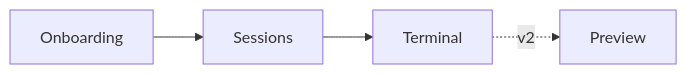
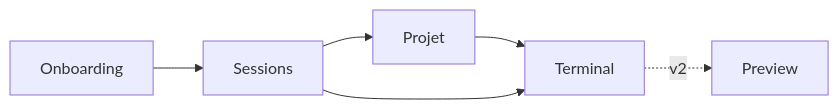
The diagram in aidd_docs/memory/navigation.md (Crocogiciel-Studio/sandy), drawn with Mermaid before and after one commit. The commit also changed 25 other files, not shown here.

````diff
--- a/aidd_docs/memory/navigation.md
+++ b/aidd_docs/memory/navigation.md
@@ -5,6 +5,8 @@
 ```mermaid
 flowchart LR
   Onboarding --> Sessions
+  Sessions --> Projet
+  Projet --> Terminal
   Sessions --> Terminal
   Terminal -.v2.-> Preview
 ```
````
